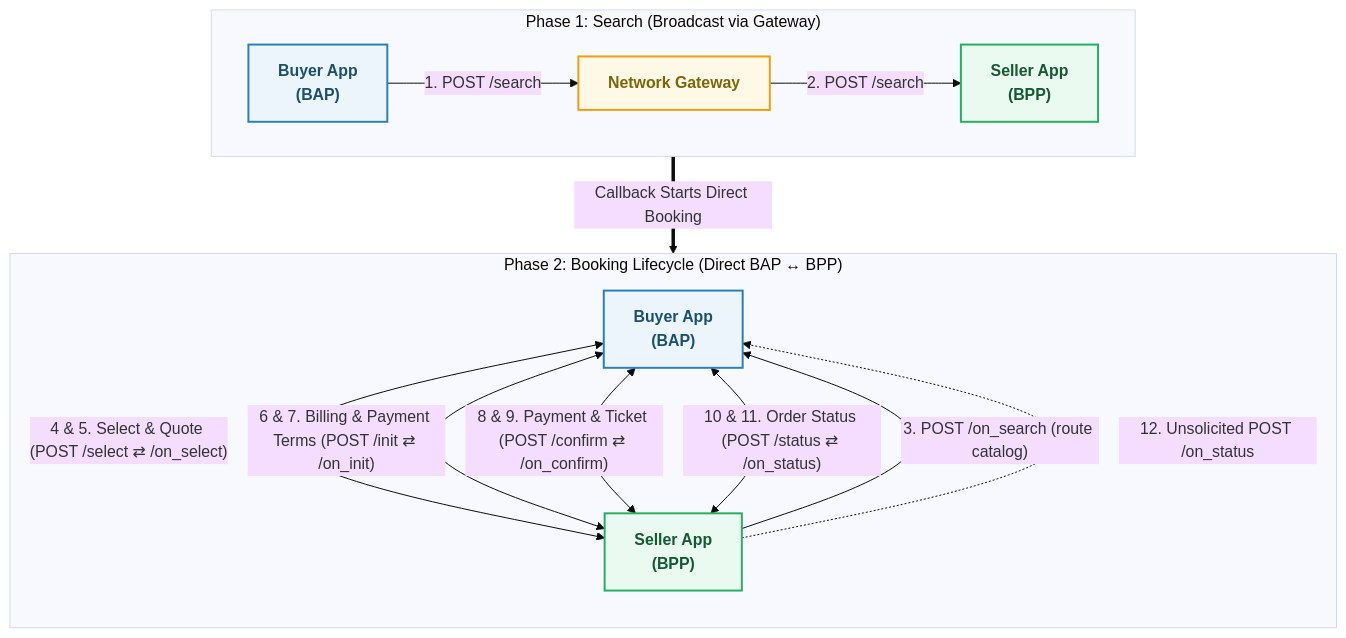
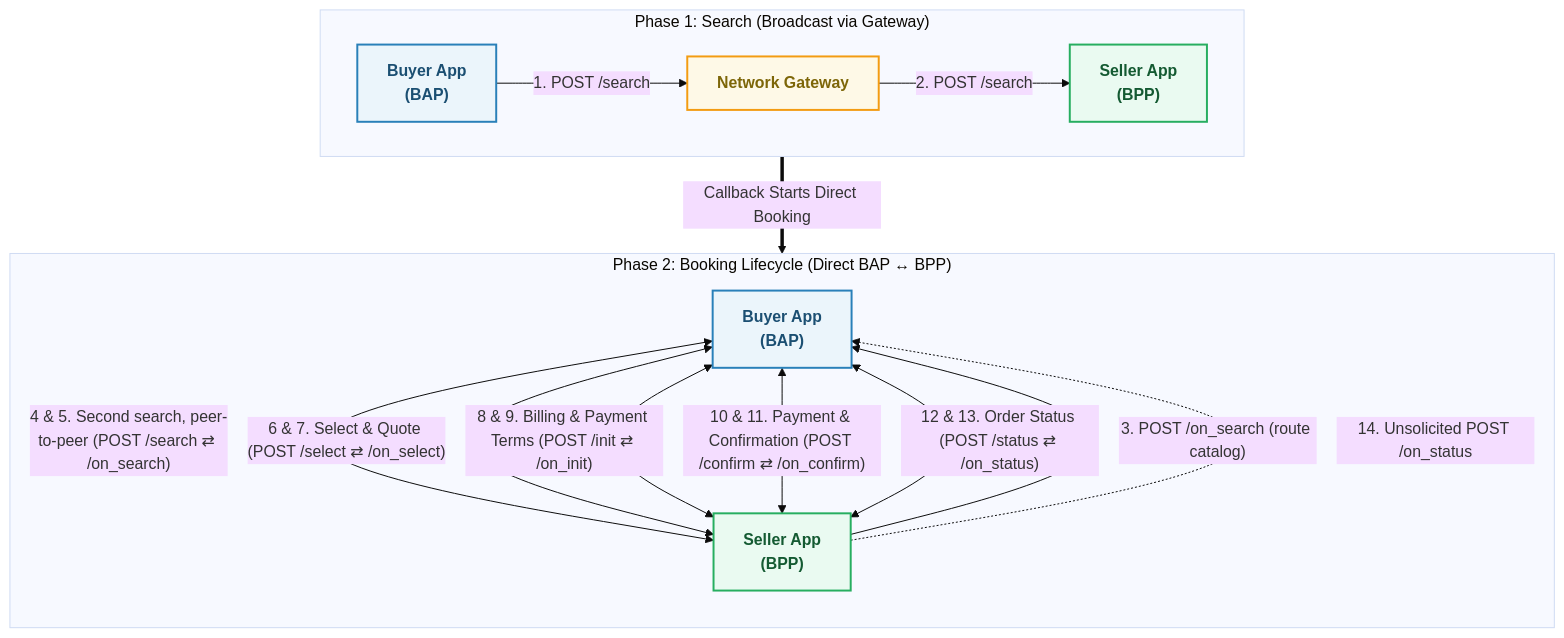
The first of 4 diagrams in config/docs/bus.md (ONDC-Official/automation-specifications), drawn with Mermaid (base theme) before and after one commit. The commit also changed other lines of this file and 24 other files, not shown here.

````diff
--- a/config/docs/bus.md
+++ b/config/docs/bus.md
@@ -196,31 +196,32 @@
 ```mermaid
 flowchart TD
     classDef client fill:#EBF5FB,stroke:#2980B9,stroke-width:2px,color:#1B4F72,font-weight:bold;
     classDef gateway fill:#FEF9E7,stroke:#F39C12,stroke-width:2px,color:#7D6608,font-weight:bold;
     classDef provider fill:#EAFAF1,stroke:#27AE60,stroke-width:2px,color:#145A32,font-weight:bold;
 
     subgraph Phase1 ["Phase 1: Search (Broadcast via Gateway)"]
         direction LR
         BAP1["Buyer App<br/>(BAP)"]:::client
         GW["Network Gateway"]:::gateway
         BPP1["Seller App<br/>(BPP)"]:::provider
 
         BAP1 -->|"1. POST /search"| GW
         GW -->|"2. POST /search"| BPP1
     end
 
     subgraph Phase2 ["Phase 2: Booking Lifecycle (Direct BAP ↔ BPP)"]
         direction TB
         BAP2["Buyer App<br/>(BAP)"]:::client
         BPP2["Seller App<br/>(BPP)"]:::provider
 
         BPP2 -->|"3. POST /on_search (route catalog)"| BAP2
-        BAP2 <-->|"4 & 5. Select & Quote (POST /select ⇄ /on_select)"| BPP2
-        BAP2 <-->|"6 & 7. Billing & Payment Terms (POST /init ⇄ /on_init)"| BPP2
-        BAP2 <-->|"8 & 9. Payment & Ticket (POST /confirm ⇄ /on_confirm)"| BPP2
-        BAP2 <-->|"10 & 11. Order Status (POST /status ⇄ /on_status)"| BPP2
-        BPP2 -.->|"12. Unsolicited POST /on_status"| BAP2
+        BAP2 <-->|"4 & 5. Second search, peer-to-peer (POST /search ⇄ /on_search)"| BPP2
+        BAP2 <-->|"6 & 7. Select & Quote (POST /select ⇄ /on_select)"| BPP2
+        BAP2 <-->|"8 & 9. Billing & Payment Terms (POST /init ⇄ /on_init)"| BPP2
+        BAP2 <-->|"10 & 11. Payment & Confirmation (POST /confirm ⇄ /on_confirm)"| BPP2
+        BAP2 <-->|"12 & 13. Order Status (POST /status ⇄ /on_status)"| BPP2
+        BPP2 -.->|"14. Unsolicited POST /on_status"| BAP2
     end
 
     Phase1 ==>|"Callback Starts Direct Booking"| Phase2
 ```
````
